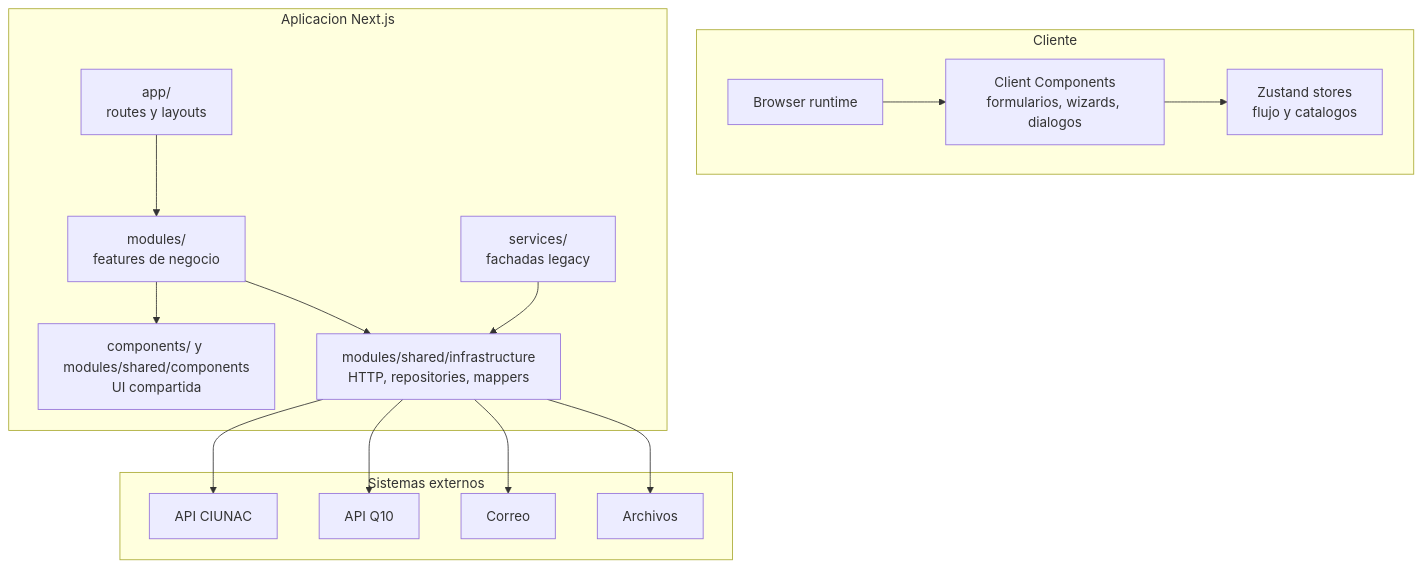
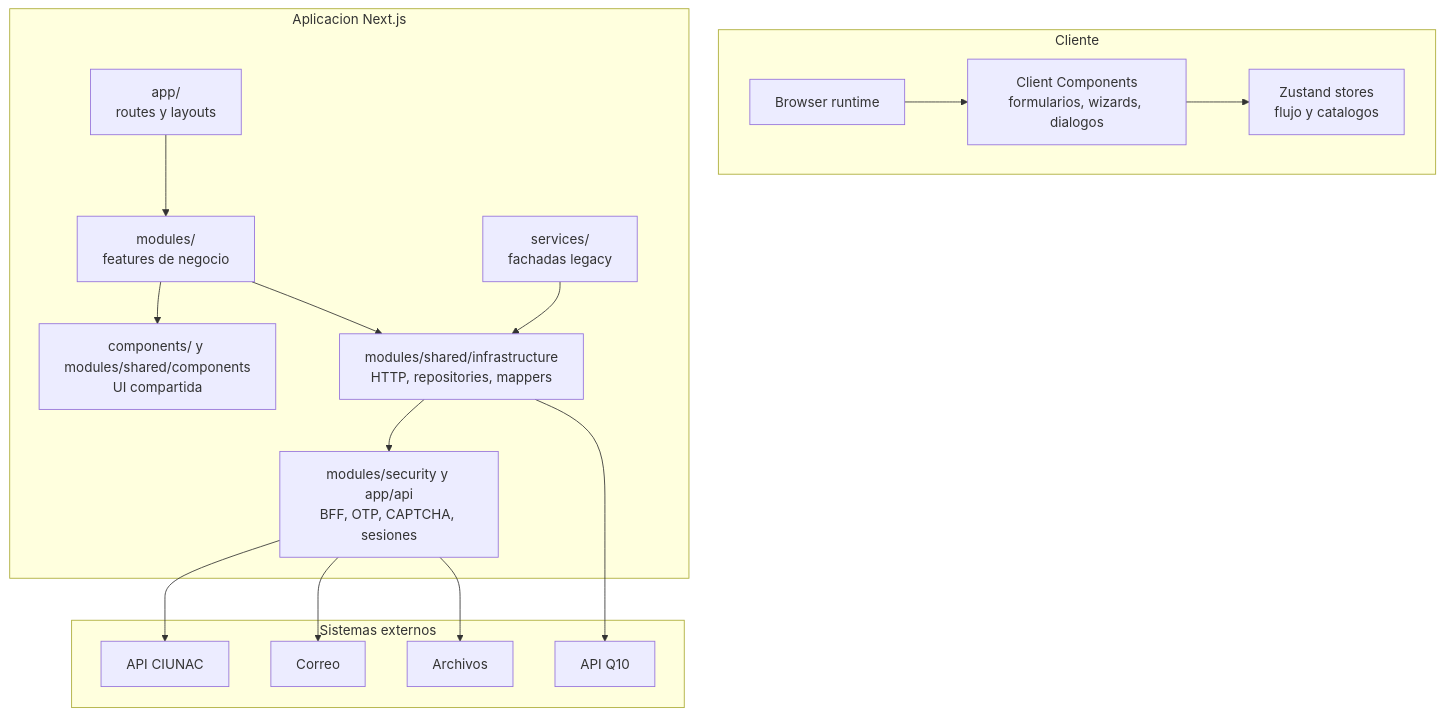
Before and after one commit to luismiguelgs/ciunac-sol-1.3: the second of 10 diagrams in docs/architecture/complete-architecture.md, drawn with Mermaid. The commit also changed other lines of this file and 88 other files, not shown here.

````diff
--- a/docs/architecture/complete-architecture.md
+++ b/docs/architecture/complete-architecture.md
@@ -34,34 +37,36 @@
 ```mermaid
 flowchart TB
     subgraph Client["Cliente"]
         Browser["Browser runtime"]
         ClientComponents["Client Components\nformularios, wizards, dialogos"]
         Zustand["Zustand stores\nflujo y catalogos"]
     end
 
     subgraph NextApp["Aplicacion Next.js"]
         AppRouter["app/\nroutes y layouts"]
         FeatureModules["modules/\nfeatures de negocio"]
         SharedUi["components/ y modules/shared/components\nUI compartida"]
         SharedInfra["modules/shared/infrastructure\nHTTP, repositories, mappers"]
+        Security["modules/security y app/api\nBFF, OTP, CAPTCHA, sesiones"]
         LegacyServices["services/\nfachadas legacy"]
     end
 
     subgraph External["Sistemas externos"]
         Api["API CIUNAC"]
         Q10["API Q10"]
         Mail["Correo"]
         Files["Archivos"]
     end
 
     Browser --> ClientComponents
     ClientComponents --> Zustand
     AppRouter --> FeatureModules
     FeatureModules --> SharedUi
     FeatureModules --> SharedInfra
     LegacyServices --> SharedInfra
-    SharedInfra --> Api
+    SharedInfra --> Security
+    Security --> Api
     SharedInfra --> Q10
-    SharedInfra --> Mail
-    SharedInfra --> Files
+    Security --> Mail
+    Security --> Files
 ```
````
